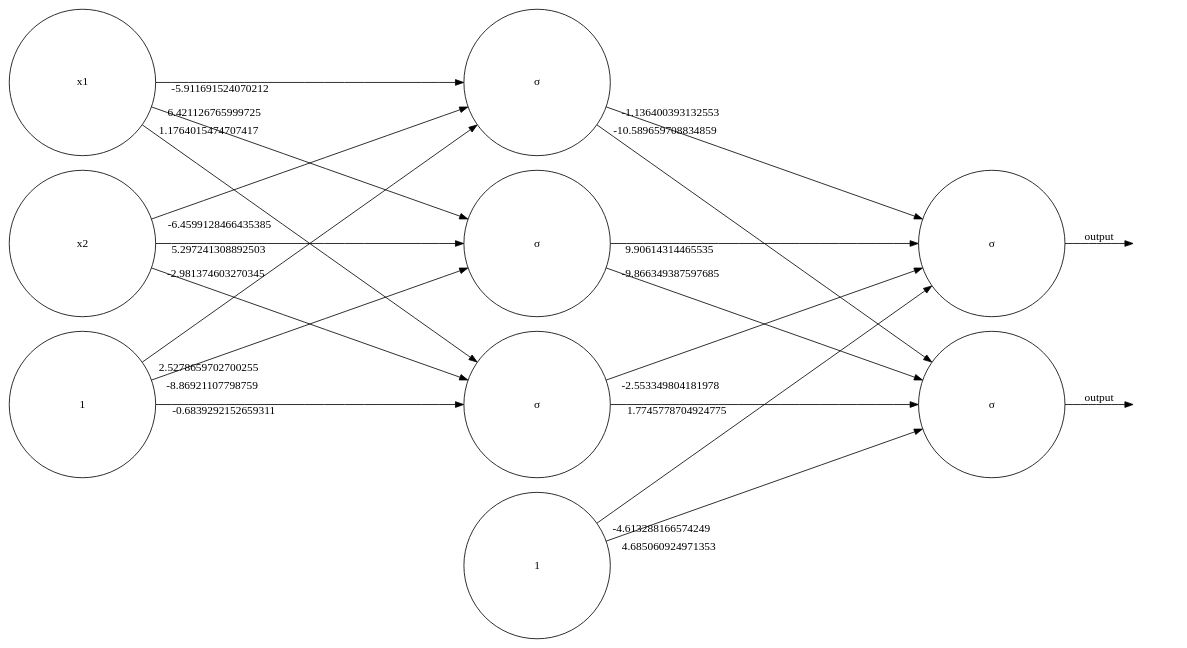
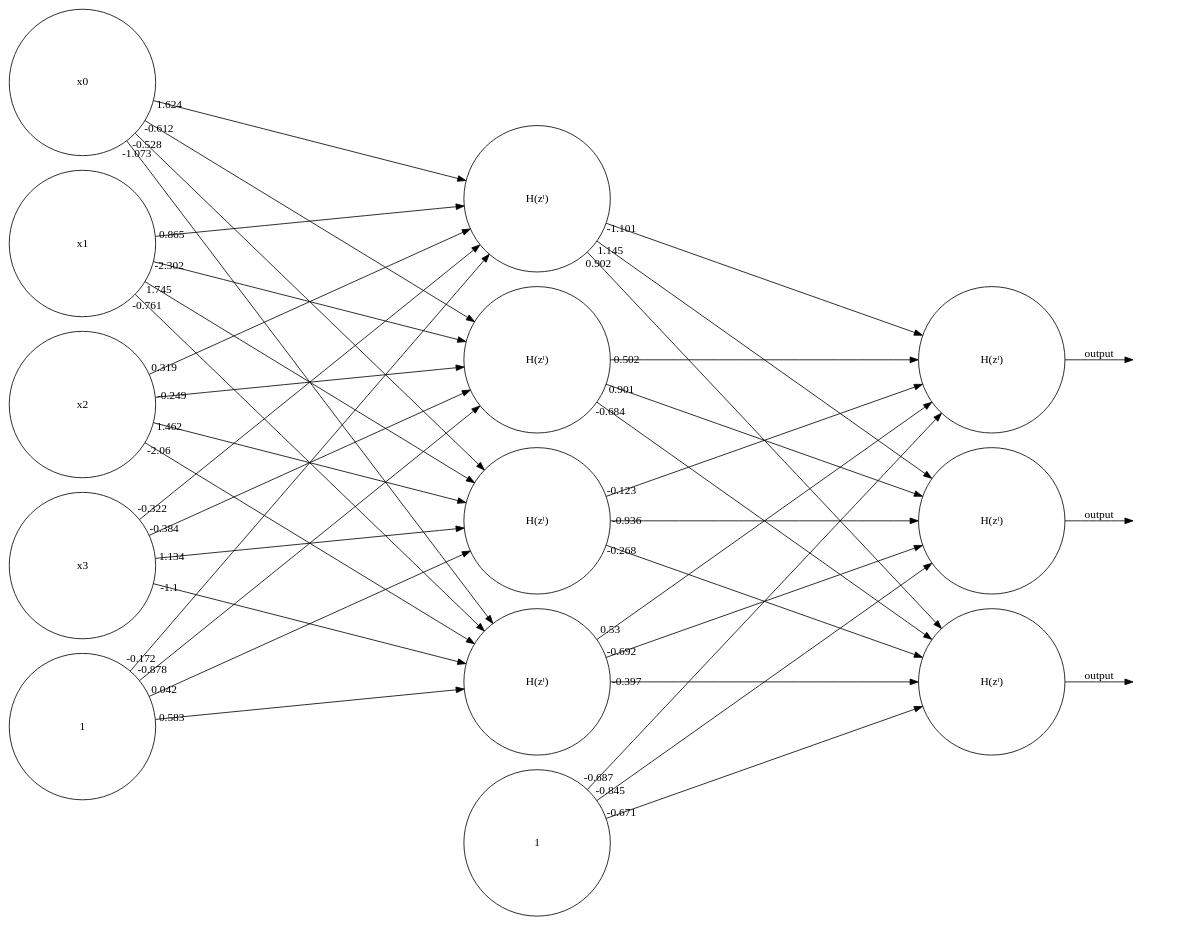
Before and after one commit to Finnyy012/MachineLearning: the diagram in graphviz_renders/netwerk.gv, drawn with Graphviz. The commit also changed 5 other files, not shown here.

```diff
--- a/graphviz_renders/netwerk.gv
+++ b/graphviz_renders/netwerk.gv
@@ -1,33 +1,57 @@
 digraph netwerk {
 	graph [label="" layout=dot ordering=in rankdir=LR splines=line]
-	0 [label=x1 fontname=Consolas shape=circle width=2.5]
-	0 -> 3 [minlen=10 taillabel=" -5.911691524070212"]
-	0 -> 4 [minlen=10 taillabel=" 6.421126765999725"]
-	0 -> 5 [minlen=10 taillabel=" 1.1764015474707417"]
-	1 [label=x2 fontname=Consolas shape=circle width=2.5]
-	1 -> 3 [minlen=10 taillabel=" -6.4599128466435385"]
-	1 -> 4 [minlen=10 taillabel=" 5.297241308892503"]
-	1 -> 5 [minlen=10 taillabel=" -2.981374603270345"]
-	2 [label=1 fontname=Consolas shape=circle width=2.5]
-	2 -> 3 [minlen=10 taillabel=" 2.5278659702700255"]
-	2 -> 4 [minlen=10 taillabel=" -8.86921107798759"]
-	2 -> 5 [minlen=10 taillabel=" -0.6839292152659311"]
-	3 [label="σ" fontname=Consolas shape=circle width=2.5]
-	3 -> 7 [minlen=10 taillabel=" -1.136400393132553"]
-	3 -> 8 [minlen=10 taillabel=" -10.589659708834859"]
-	4 [label="σ" fontname=Consolas shape=circle width=2.5]
-	4 -> 7 [minlen=10 taillabel=" 9.90614314465535"]
-	4 -> 8 [minlen=10 taillabel=" -9.866349387597685"]
-	5 [label="σ" fontname=Consolas shape=circle width=2.5]
-	5 -> 7 [minlen=10 taillabel=" -2.553349804181978"]
-	5 -> 8 [minlen=10 taillabel=" 1.7745778704924775"]
-	6 [label=1 fontname=Consolas shape=circle width=2.5]
-	6 -> 7 [minlen=10 taillabel=" -4.613288166574249"]
-	6 -> 8 [minlen=10 taillabel=" 4.685060924971353"]
-	7 [label="σ" fontname=Consolas shape=circle width=2.5]
-	-1 [label=" " shape=none]
-	7 -> -1 [label=output]
-	8 [label="σ" fontname=Consolas shape=circle width=2.5]
-	-2 [label=" " shape=none]
-	8 -> -2 [label=output]
+	0 [label=x0 fontname=Consolas shape=circle width=2.5]
+	0 -> 5 [labelangle=0 labeldistance=2 labelfontname=Consolas minlen=10 taillabel=1.624]
+	0 -> 6 [labelangle=0 labeldistance=2 labelfontname=Consolas minlen=10 taillabel=-0.612]
+	0 -> 7 [labelangle=0 labeldistance=2 labelfontname=Consolas minlen=10 taillabel=-0.528]
+	0 -> 8 [labelangle=0 labeldistance=2 labelfontname=Consolas minlen=10 taillabel=-1.073]
+	1 [label=x1 fontname=Consolas shape=circle width=2.5]
+	1 -> 5 [labelangle=0 labeldistance=2 labelfontname=Consolas minlen=10 taillabel=0.865]
+	1 -> 6 [labelangle=0 labeldistance=2 labelfontname=Consolas minlen=10 taillabel=-2.302]
+	1 -> 7 [labelangle=0 labeldistance=2 labelfontname=Consolas minlen=10 taillabel=1.745]
+	1 -> 8 [labelangle=0 labeldistance=2 labelfontname=Consolas minlen=10 taillabel=-0.761]
+	2 [label=x2 fontname=Consolas shape=circle width=2.5]
+	2 -> 5 [labelangle=0 labeldistance=2 labelfontname=Consolas minlen=10 taillabel=0.319]
+	2 -> 6 [labelangle=0 labeldistance=2 labelfontname=Consolas minlen=10 taillabel=-0.249]
+	2 -> 7 [labelangle=0 labeldistance=2 labelfontname=Consolas minlen=10 taillabel=1.462]
+	2 -> 8 [labelangle=0 labeldistance=2 labelfontname=Consolas minlen=10 taillabel=-2.06]
+	3 [label=x3 fontname=Consolas shape=circle width=2.5]
+	3 -> 5 [labelangle=0 labeldistance=2 labelfontname=Consolas minlen=10 taillabel=-0.322]
+	3 -> 6 [labelangle=0 labeldistance=2 labelfontname=Consolas minlen=10 taillabel=-0.384]
+	3 -> 7 [labelangle=0 labeldistance=2 labelfontname=Consolas minlen=10 taillabel=1.134]
+	3 -> 8 [labelangle=0 labeldistance=2 labelfontname=Consolas minlen=10 taillabel=-1.1]
+	4 [label=1 fontname=Consolas shape=circle width=2.5]
+	4 -> 5 [labelangle=0 labeldistance=2 labelfontname=Consolas minlen=10 taillabel=-0.172]
+	4 -> 6 [labelangle=0 labeldistance=2 labelfontname=Consolas minlen=10 taillabel=-0.878]
+	4 -> 7 [labelangle=0 labeldistance=2 labelfontname=Consolas minlen=10 taillabel=0.042]
+	4 -> 8 [labelangle=0 labeldistance=2 labelfontname=Consolas minlen=10 taillabel=0.583]
+	5 [label="H(zˡ)" fontname=Consolas shape=circle width=2.5]
+	5 -> 10 [labelangle=0 labeldistance=2 labelfontname=Consolas minlen=10 taillabel=-1.101]
+	5 -> 11 [labelangle=0 labeldistance=2 labelfontname=Consolas minlen=10 taillabel=1.145]
+	5 -> 12 [labelangle=0 labeldistance=2 labelfontname=Consolas minlen=10 taillabel=0.902]
+	6 [label="H(zˡ)" fontname=Consolas shape=circle width=2.5]
+	6 -> 10 [labelangle=0 labeldistance=2 labelfontname=Consolas minlen=10 taillabel=0.502]
+	6 -> 11 [labelangle=0 labeldistance=2 labelfontname=Consolas minlen=10 taillabel=0.901]
+	6 -> 12 [labelangle=0 labeldistance=2 labelfontname=Consolas minlen=10 taillabel=-0.684]
+	7 [label="H(zˡ)" fontname=Consolas shape=circle width=2.5]
+	7 -> 10 [labelangle=0 labeldistance=2 labelfontname=Consolas minlen=10 taillabel=-0.123]
+	7 -> 11 [labelangle=0 labeldistance=2 labelfontname=Consolas minlen=10 taillabel=-0.936]
+	7 -> 12 [labelangle=0 labeldistance=2 labelfontname=Consolas minlen=10 taillabel=-0.268]
+	8 [label="H(zˡ)" fontname=Consolas shape=circle width=2.5]
+	8 -> 10 [labelangle=0 labeldistance=2 labelfontname=Consolas minlen=10 taillabel=0.53]
+	8 -> 11 [labelangle=0 labeldistance=2 labelfontname=Consolas minlen=10 taillabel=-0.692]
+	8 -> 12 [labelangle=0 labeldistance=2 labelfontname=Consolas minlen=10 taillabel=-0.397]
+	9 [label=1 fontname=Consolas shape=circle width=2.5]
+	9 -> 10 [labelangle=0 labeldistance=2 labelfontname=Consolas minlen=10 taillabel=-0.687]
+	9 -> 11 [labelangle=0 labeldistance=2 labelfontname=Consolas minlen=10 taillabel=-0.845]
+	9 -> 12 [labelangle=0 labeldistance=2 labelfontname=Consolas minlen=10 taillabel=-0.671]
+	13 [label=" " shape=none]
+	10 [label="H(zˡ)" fontname=Consolas shape=circle width=2.5]
+	10 -> 13 [label=output labelfontname=Consolas]
+	14 [label=" " shape=none]
+	11 [label="H(zˡ)" fontname=Consolas shape=circle width=2.5]
+	11 -> 14 [label=output labelfontname=Consolas]
+	15 [label=" " shape=none]
+	12 [label="H(zˡ)" fontname=Consolas shape=circle width=2.5]
+	12 -> 15 [label=output labelfontname=Consolas]
 }
```
